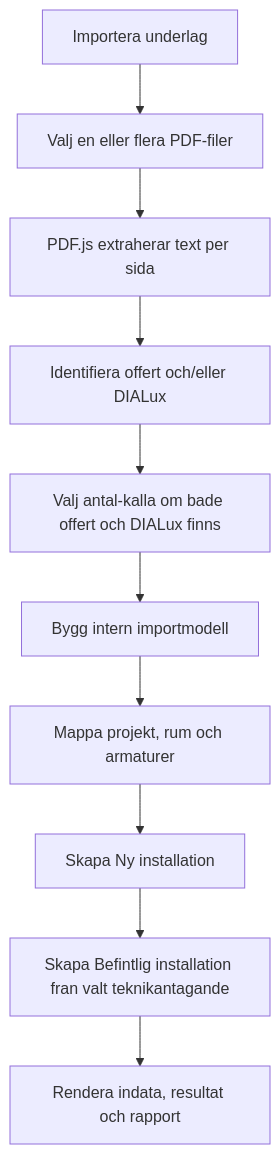
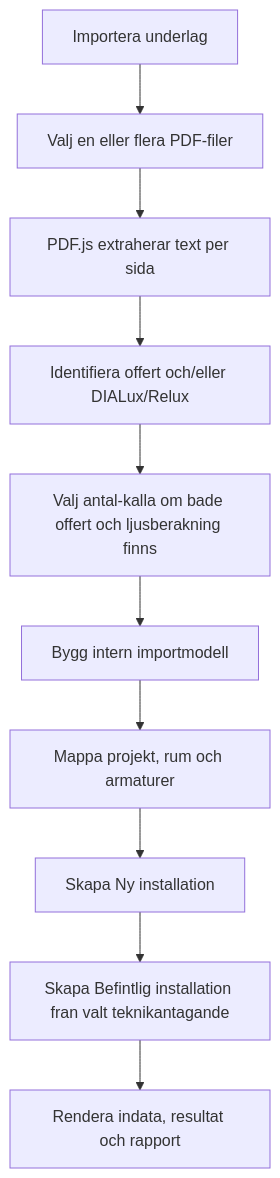
One commit to Klippel78/Codex changed the diagram in IMPORTLOGIK.md. Above: the diagram before and after it, drawn with Mermaid. The commit also changed other lines of this file and 8 other files, not shown here.

````diff
--- a/IMPORTLOGIK.md
+++ b/IMPORTLOGIK.md
@@ -42,12 +42,12 @@
 ```mermaid
 flowchart TD
     A["Importera underlag"] --> B["Valj en eller flera PDF-filer"]
     B --> C["PDF.js extraherar text per sida"]
-    C --> D["Identifiera offert och/eller DIALux"]
-    D --> E["Valj antal-kalla om bade offert och DIALux finns"]
+    C --> D["Identifiera offert och/eller DIALux/Relux"]
+    D --> E["Valj antal-kalla om bade offert och ljusberakning finns"]
     E --> F["Bygg intern importmodell"]
     F --> G["Mappa projekt, rum och armaturer"]
     G --> H["Skapa Ny installation"]
     H --> I["Skapa Befintlig installation fran valt teknikantagande"]
     I --> J["Rendera indata, resultat och rapport"]
 ```
````
